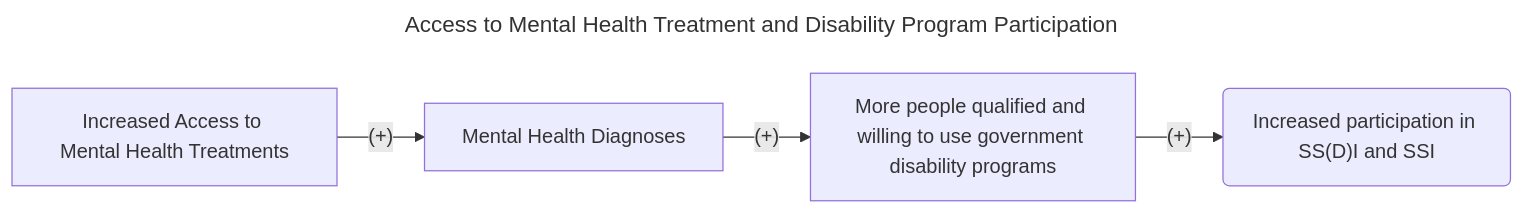
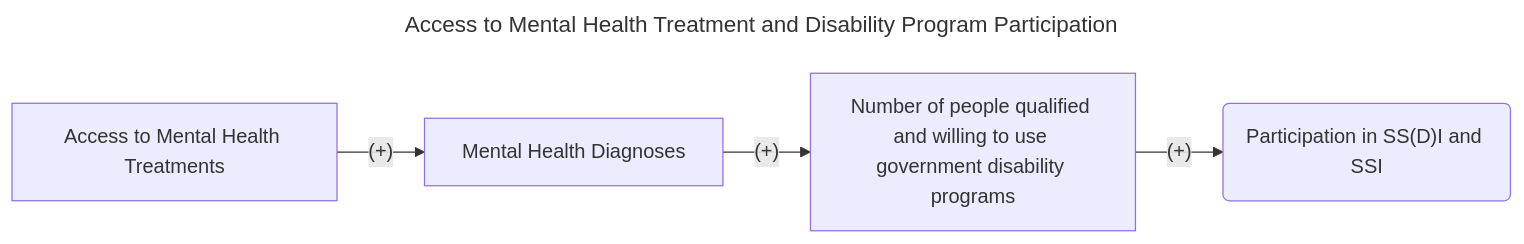
Before and after one commit to ecn310/course-project-zipcentercrime: the third of 3 diagrams in Lit_Review/PaperSummaries.md, drawn with Mermaid. The commit also changed other lines of this file, not shown here.

Commit message:
Edited Causal Diagram 2&3, Rearranged order of summaries to Question->Hypothesis->Theory that supports it

````diff
--- a/Lit_Review/PaperSummaries.md
+++ b/Lit_Review/PaperSummaries.md
@@ -63,7 +54,7 @@
 ```mermaid
 ---
 title: Access to Mental Health Treatment and Disability Program Participation
 ---
 flowchart LR
- A["Increased Access to Mental Health Treatments"] --(#43;)--> B["Mental Health Diagnoses"] --(#43;)--> C["More people qualified and willing to use government disability programs"] --(#43;)--> D("Increased participation in SS(D)I and SSI")
+ A["Access to Mental Health Treatments"] --(#43;)--> B["Mental Health Diagnoses"] --(#43;)--> C["Number of people qualified and willing to use government disability programs"] --(#43;)--> D("Participation in SS(D)I and SSI")
 ```
````
